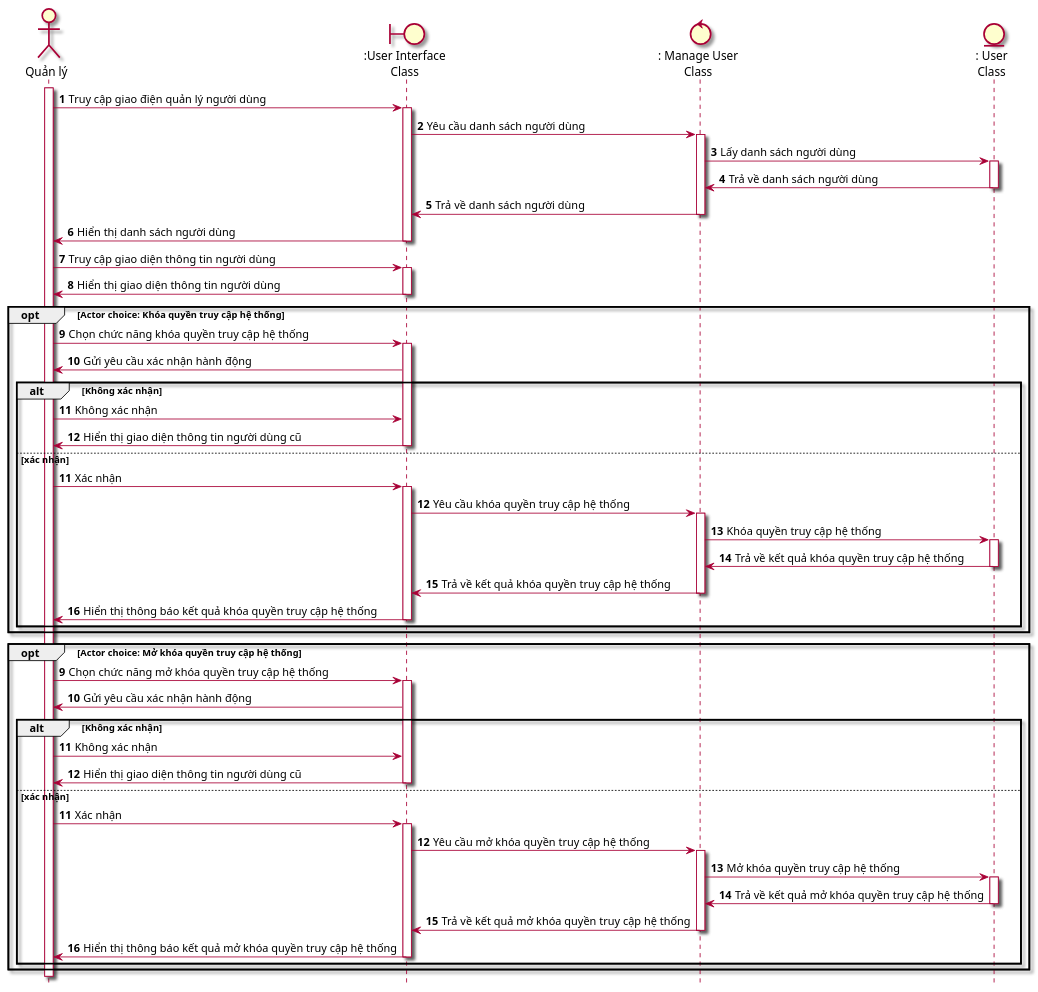
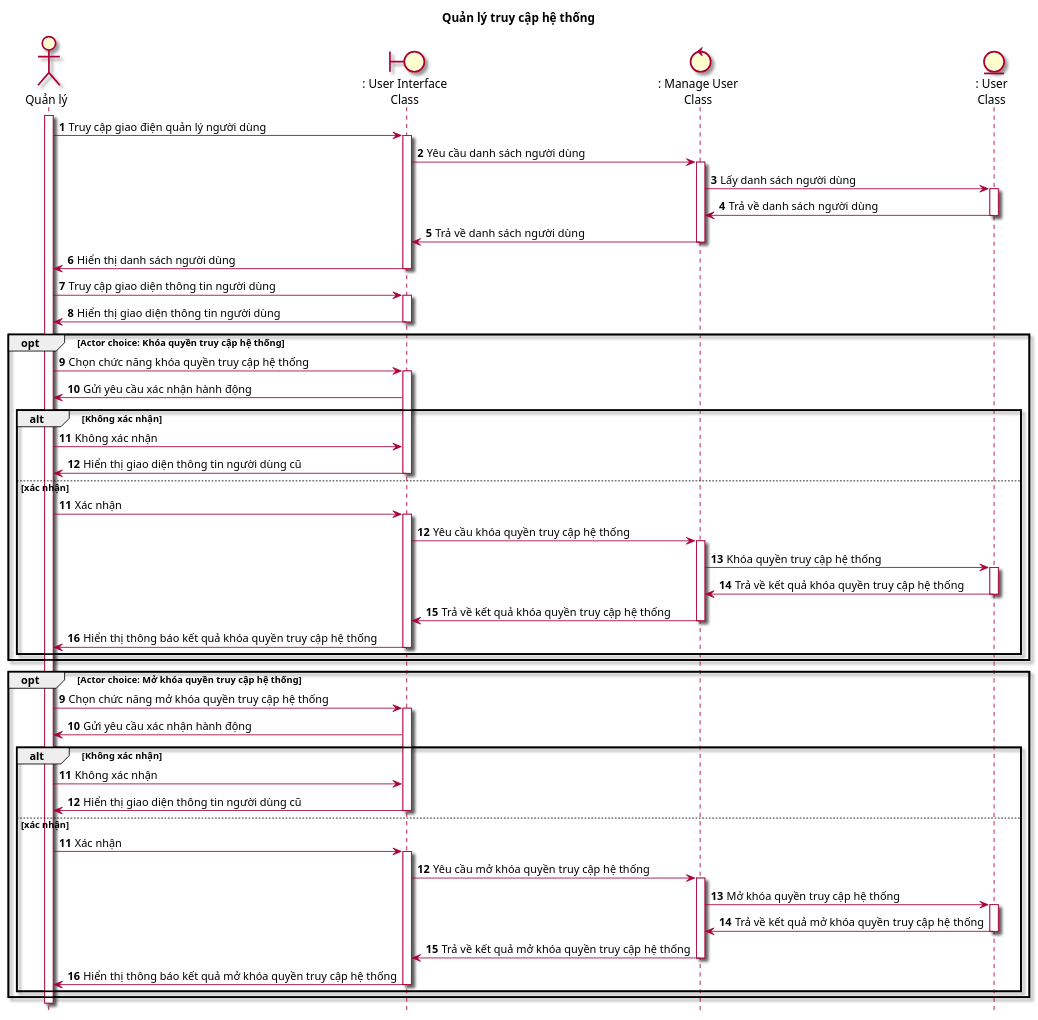
One commit to Griselda4774/EAS-EmploymentAssistanceSystem changed the diagram in Lab1/Lab 1.2 Diagram/Sequence/FilePUML/16. SeqQuanLyTruyCapHeThong.puml. Above: the diagram before and after it, drawn with PlantUML. The commit also changed 5 other files, not shown here.

```diff
--- a/Lab1/Lab 1.2 Diagram/Sequence/FilePUML/16. SeqQuanLyTruyCapHeThong.puml
+++ b/Lab1/Lab 1.2 Diagram/Sequence/FilePUML/16. SeqQuanLyTruyCapHeThong.puml
@@ -1,58 +1,61 @@
 @startuml SeqQuanLyTruyCapHeThong
 
 skin rose
 hide footbox
 
+title Quản lý truy cập hệ thống
+
 actor "Quản lý" as quanLy
-boundary ":User Interface\nClass" as userInterface
+boundary ": User Interface\nClass" as userInterface
 control ": Manage User\nClass" as manageUser
 entity ": User\nClass" as user
 
 autonumber
 quanLy++
 quanLy -> userInterface++ : Truy cập giao điện quản lý người dùng
 userInterface -> manageUser++ : Yêu cầu danh sách người dùng
 manageUser -> user++ : Lấy danh sách người dùng
 user -> manageUser-- : Trả về danh sách người dùng
 manageUser -> userInterface-- : Trả về danh sách người dùng
 userInterface -> quanLy-- : Hiển thị danh sách người dùng
 quanLy -> userInterface++ : Truy cập giao diện thông tin người dùng
 userInterface -> quanLy-- : Hiển thị giao diện thông tin người dùng
 
 opt Actor choice: Khóa quyền truy cập hệ thống
     quanLy -> userInterface++ : Chọn chức năng khóa quyền truy cập hệ thống
     userInterface -> quanLy : Gửi yêu cầu xác nhận hành động
     alt Không xác nhận
         quanLy -> userInterface : Không xác nhận
         userInterface -> quanLy-- : Hiển thị giao diện thông tin người dùng cũ
     else xác nhận
         autonumber 11
         quanLy -> userInterface++ : Xác nhận
         userInterface -> manageUser++ : Yêu cầu khóa quyền truy cập hệ thống
         manageUser -> user++ : Khóa quyền truy cập hệ thống
         user -> manageUser-- : Trả về kết quả khóa quyền truy cập hệ thống
         manageUser -> userInterface-- : Trả về kết quả khóa quyền truy cập hệ thống
         userInterface -> quanLy-- : Hiển thị thông báo kết quả khóa quyền truy cập hệ thống
     end
 end
 
 opt Actor choice: Mở khóa quyền truy cập hệ thống
     autonumber 9
     quanLy -> userInterface++ : Chọn chức năng mở khóa quyền truy cập hệ thống
     userInterface -> quanLy : Gửi yêu cầu xác nhận hành động
     alt Không xác nhận
         quanLy -> userInterface : Không xác nhận
         userInterface -> quanLy-- : Hiển thị giao diện thông tin người dùng cũ
     else xác nhận
         autonumber 11
         quanLy -> userInterface++ : Xác nhận
         userInterface -> manageUser++ : Yêu cầu mở khóa quyền truy cập hệ thống
         manageUser -> user++ : Mở khóa quyền truy cập hệ thống
         user -> manageUser-- : Trả về kết quả mở khóa quyền truy cập hệ thống
         manageUser -> userInterface-- : Trả về kết quả mở khóa quyền truy cập hệ thống
         userInterface -> quanLy-- : Hiển thị thông báo kết quả mở khóa quyền truy cập hệ thống
     end
 end
 
+quanLy--
 
 @enduml
```
